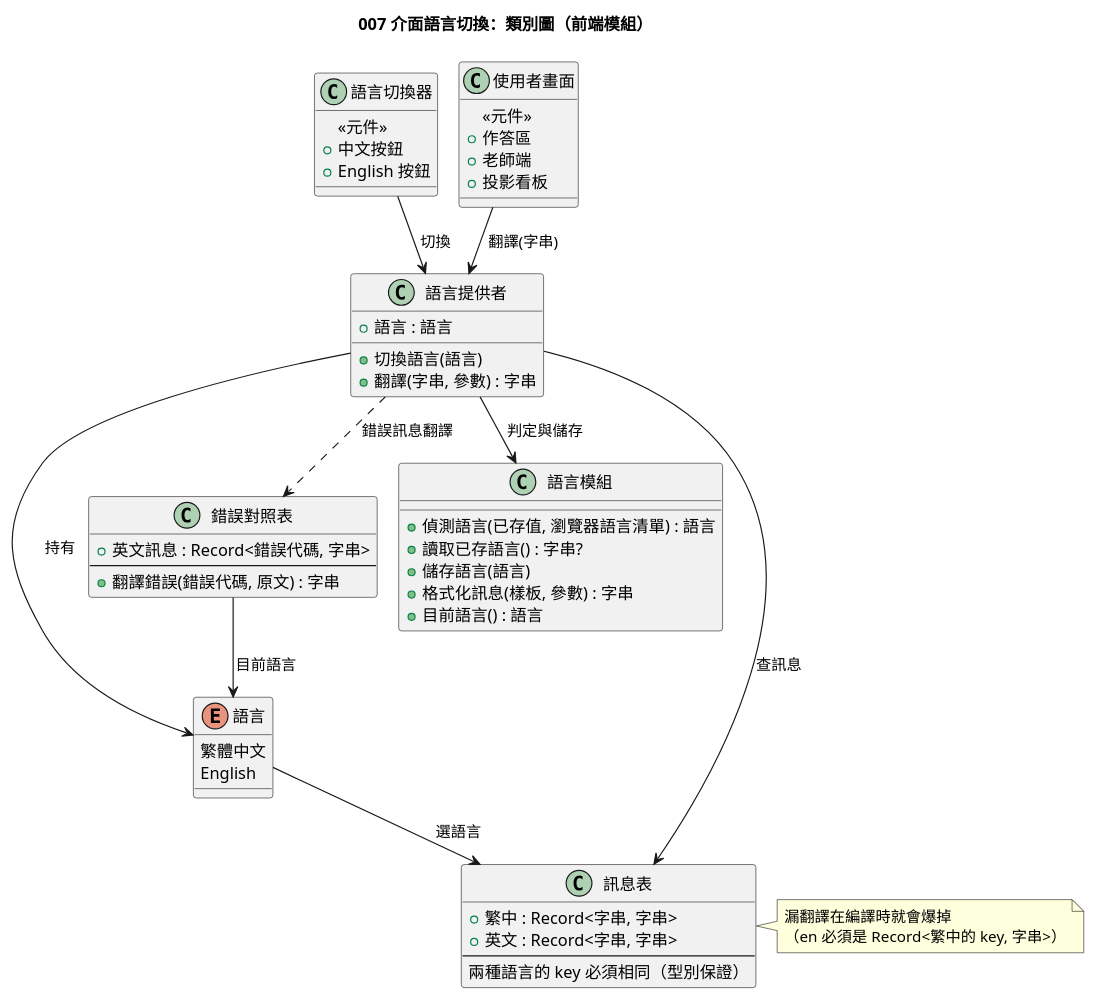
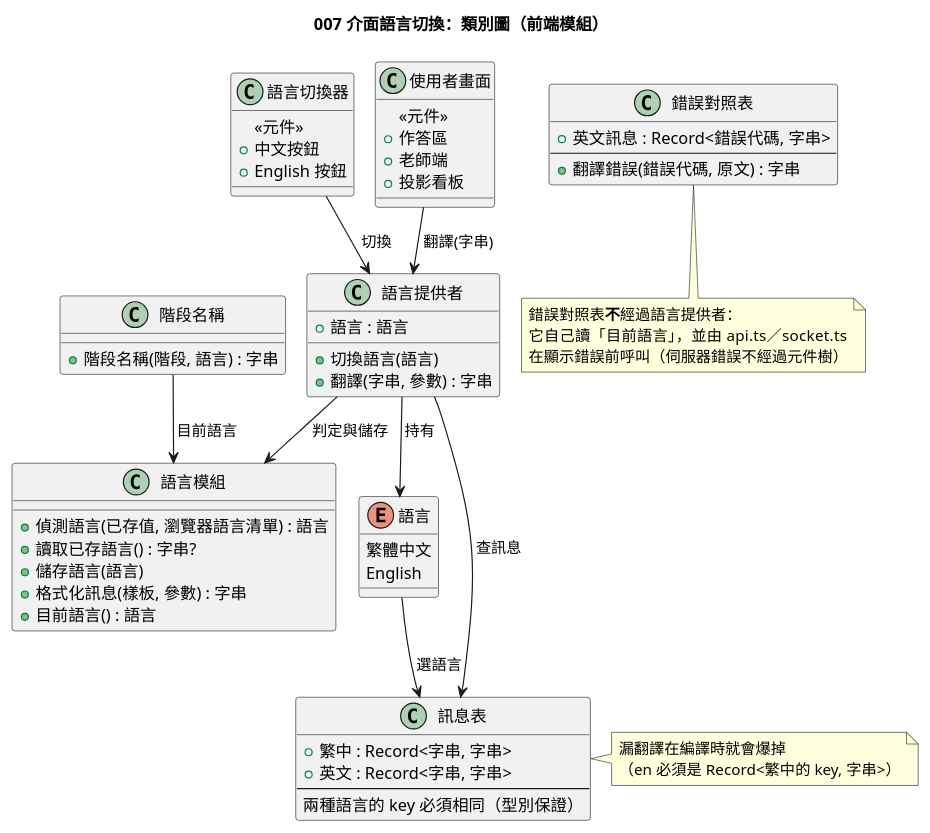
One commit to Danielweng0902/Answering-System_speckit changed the diagram in diagrams/007-i18n-class.puml. Above: the diagram before and after it, drawn with PlantUML. The commit also changed 90 other files, not shown here.

First line of the commit message:
docs(verification): 補 007／006 的證據文件、修 006 的圖、匯出 AI 對話紀錄

```diff
--- a/diagrams/007-i18n-class.puml
+++ b/diagrams/007-i18n-class.puml
@@ -1,63 +1,72 @@
 @startuml
 !pragma layout smetana
 title 007 介面語言切換：類別圖（前端模組）
 
 enum 語言 {
   繁體中文
   English
 }
 
 class 訊息表 {
   +繁中 : Record<字串, 字串>
   +英文 : Record<字串, 字串>
   --
   兩種語言的 key 必須相同（型別保證）
 }
 
 class 語言模組 {
   +偵測語言(已存值, 瀏覽器語言清單) : 語言
   +讀取已存語言() : 字串?
   +儲存語言(語言)
   +格式化訊息(樣板, 參數) : 字串
   +目前語言() : 語言
 }
 
 class 語言提供者 {
   +語言 : 語言
   +切換語言(語言)
   +翻譯(字串, 參數) : 字串
 }
 
+class 階段名稱 {
+  +階段名稱(階段, 語言) : 字串
+}
+
 class 語言切換器 {
   <<元件>>
   +中文按鈕
   +English 按鈕
 }
 
 class 錯誤對照表 {
   +英文訊息 : Record<錯誤代碼, 字串>
   --
   +翻譯錯誤(錯誤代碼, 原文) : 字串
 }
 
 class 使用者畫面 {
   <<元件>>
   +作答區
   +老師端
   +投影看板
 }
 
 語言 --> 訊息表 : 選語言
 語言提供者 --> 語言 : 持有
 語言提供者 --> 訊息表 : 查訊息
 語言提供者 --> 語言模組 : 判定與儲存
 語言切換器 --> 語言提供者 : 切換
 使用者畫面 --> 語言提供者 : 翻譯(字串)
-語言提供者 ..> 錯誤對照表 : 錯誤訊息翻譯
-錯誤對照表 --> 語言 : 目前語言
+階段名稱 --> 語言模組 : 目前語言
+
+note bottom of 錯誤對照表
+  錯誤對照表**不**經過語言提供者：
+  它自己讀「目前語言」，並由 api.ts／socket.ts
+  在顯示錯誤前呼叫（伺服器錯誤不經過元件樹）
+end note
 
 note right of 訊息表
   漏翻譯在編譯時就會爆掉
   （en 必須是 Record<繁中的 key, 字串>）
 end note
 @enduml
```
